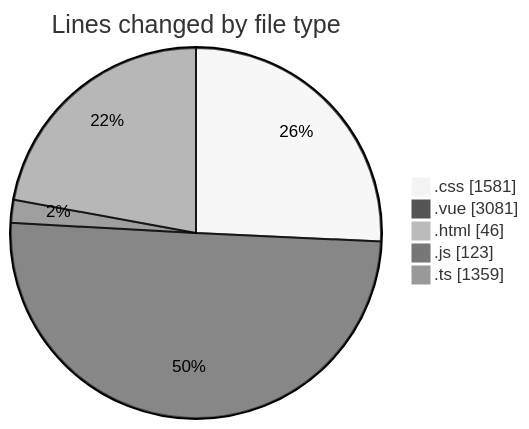
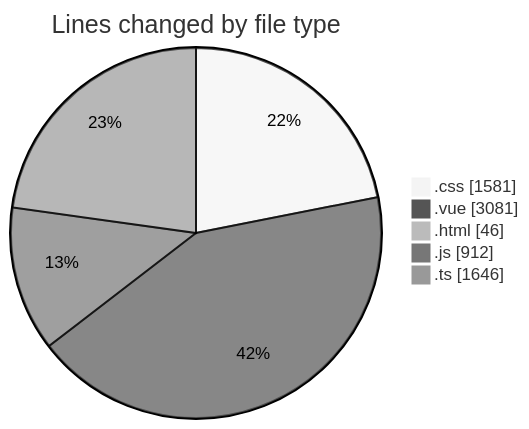
One commit to lephambinh05/code-tracking changed the first of 2 diagrams in 2025-08-18/rentotp/README.md. Above: the diagram before and after it, drawn with Mermaid (neutral theme). The commit also changed other lines of this file and 1 other file, not shown here.

````diff
--- a/2025-08-18/rentotp/README.md
+++ b/2025-08-18/rentotp/README.md
@@ -37,9 +42,9 @@
 ```mermaid
 pie showData
 title Lines changed by file type
 ".css" : 1581
 ".vue" : 3081
 ".html" : 46
-".js" : 123
-".ts" : 1359
+".js" : 912
+".ts" : 1646
 ```
````
